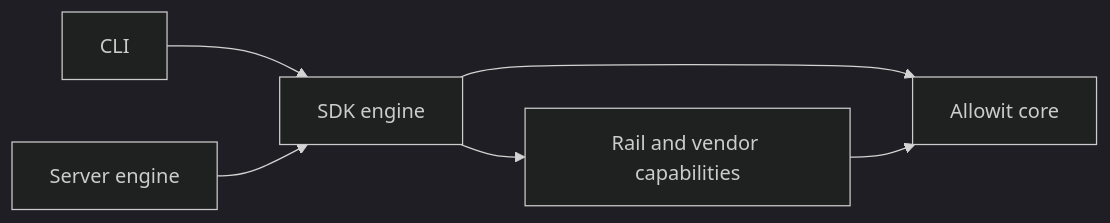
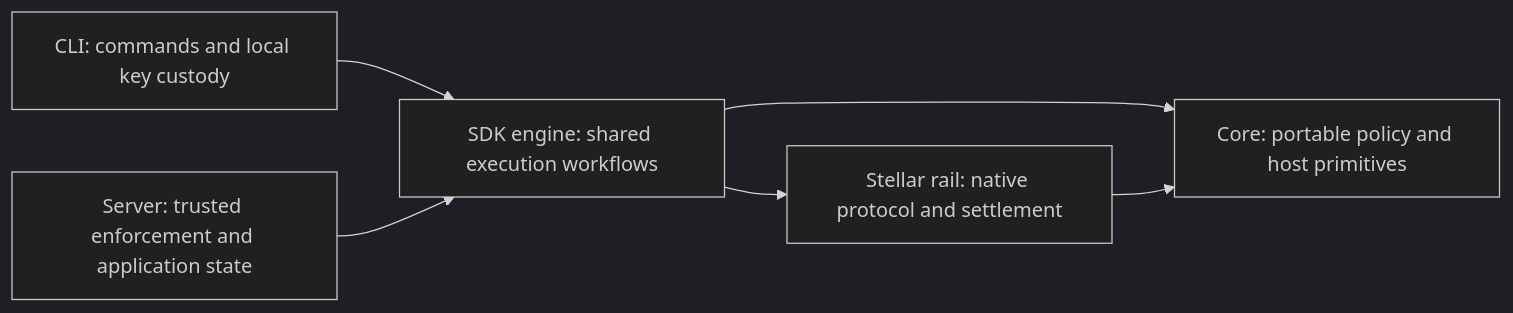
One commit to allowit-hq/allowit-sdk changed the diagram in README.md. Above: the diagram before and after it, drawn with Mermaid (dark theme). The commit also changed other lines of this file and 63 other files, not shown here.

Commit message:
Share Stellar execution and portable authoring across SDK callers

````diff
--- a/README.md
+++ b/README.md
@@ -216,8 +13,8 @@
 ```mermaid
 flowchart LR
-    CLI[CLI] --> SDK[SDK engine]
-    Server[Server engine] --> SDK
-    SDK --> Rails[Rail and vendor capabilities]
-    SDK --> Core[Allowit core]
-    Rails --> Core
+    CLI[CLI: commands and local key custody] --> SDK[SDK engine: shared execution workflows]
+    Server[Server: trusted enforcement and application state] --> SDK
+    SDK --> Star[Stellar rail: native protocol and settlement]
+    SDK --> Core[Core: portable policy and host primitives]
+    Star --> Core
 ```
````
